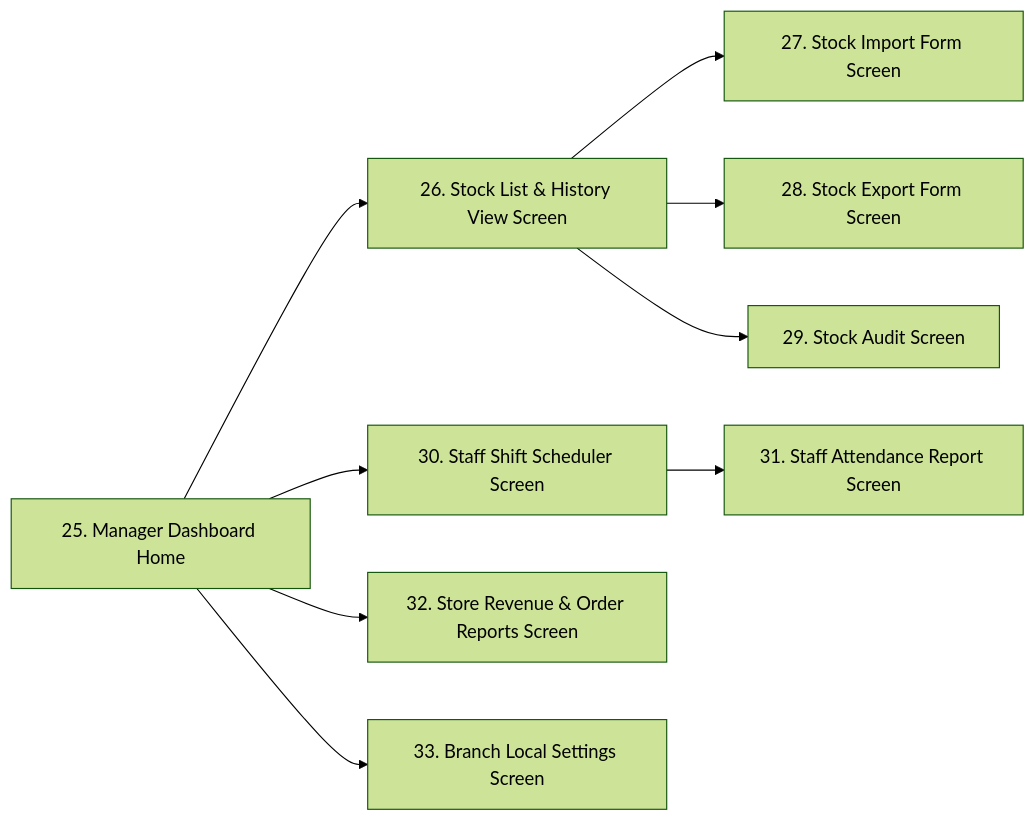
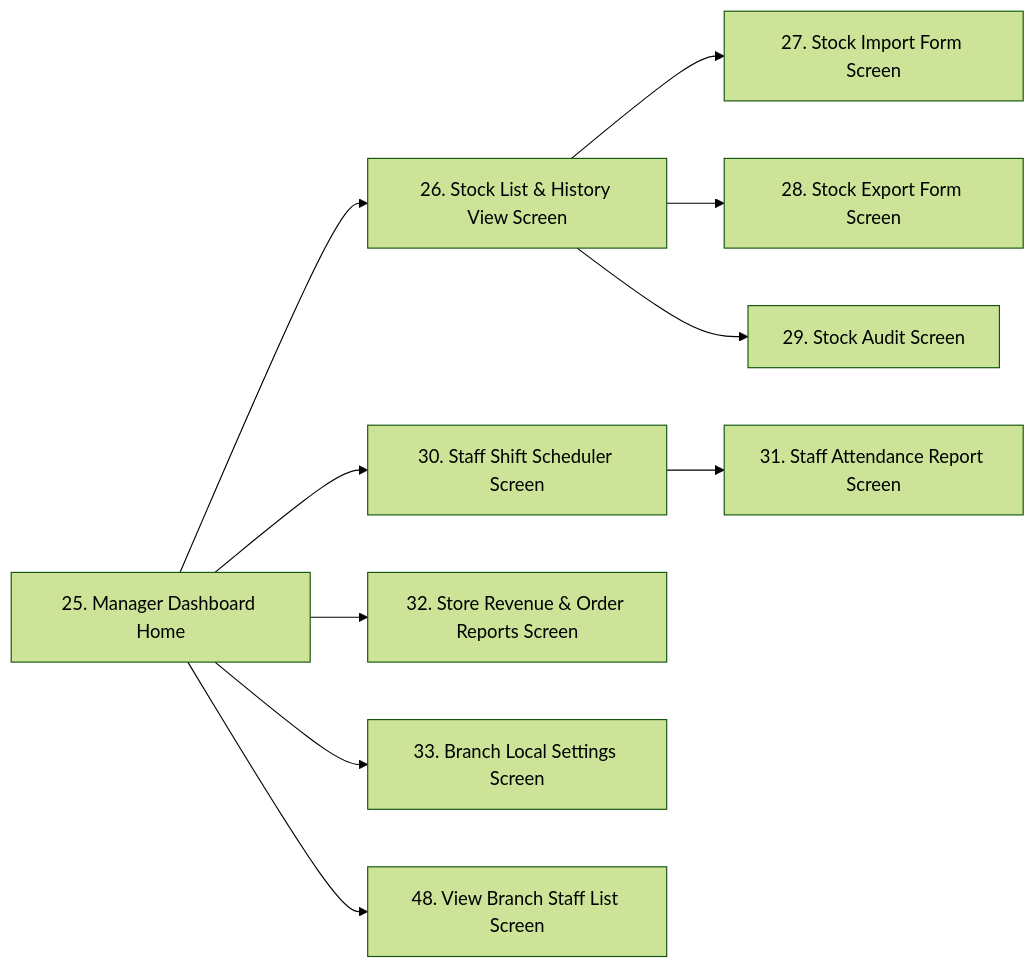
Before and after one commit to Shaichi/Khoga_coffe_shop: the third of 6 diagrams in sections/03_1_functional_overview.md, drawn with Mermaid (forest theme). The commit also changed other lines of this file and 56 other files, not shown here.

Commit message:
feat: integrate cashier/barista profile flow, simplify shopeefood queue card, and remove receipt logo

````diff
--- a/sections/03_1_functional_overview.md
+++ b/sections/03_1_functional_overview.md
@@ -60,14 +60,16 @@
 ```mermaid
 graph LR
     ManagerHome[25. Manager Dashboard Home] --> StockView[26. Stock List & History View Screen]
     StockView --> StockImport[27. Stock Import Form Screen]
     StockView --> StockExport[28. Stock Export Form Screen]
     StockView --> StockAudit[29. Stock Audit Screen]
     
     ManagerHome --> ShiftSchedule[30. Staff Shift Scheduler Screen]
     ShiftSchedule --> AttendanceReport[31. Staff Attendance Report Screen]
     
     ManagerHome --> BranchReports[32. Store Revenue & Order Reports Screen]
     
     ManagerHome --> BranchSettings[33. Branch Local Settings Screen]
+    
+    ManagerHome --> ViewBranchStaff[48. View Branch Staff List Screen]
 ```
````
